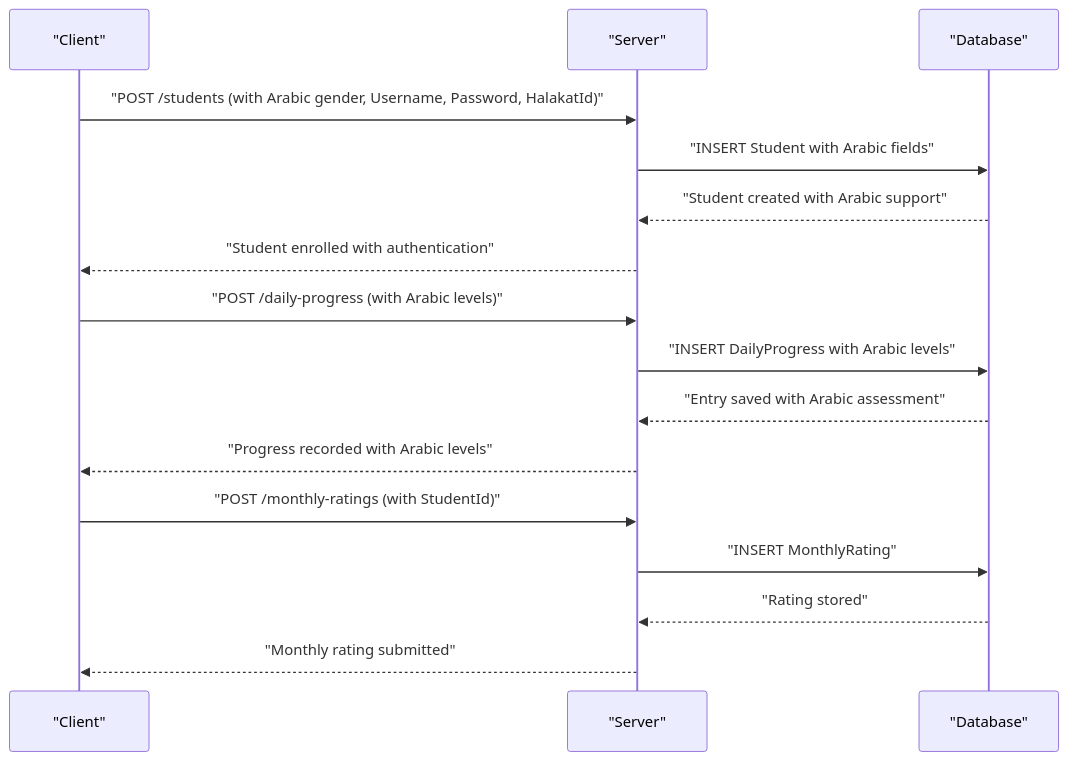
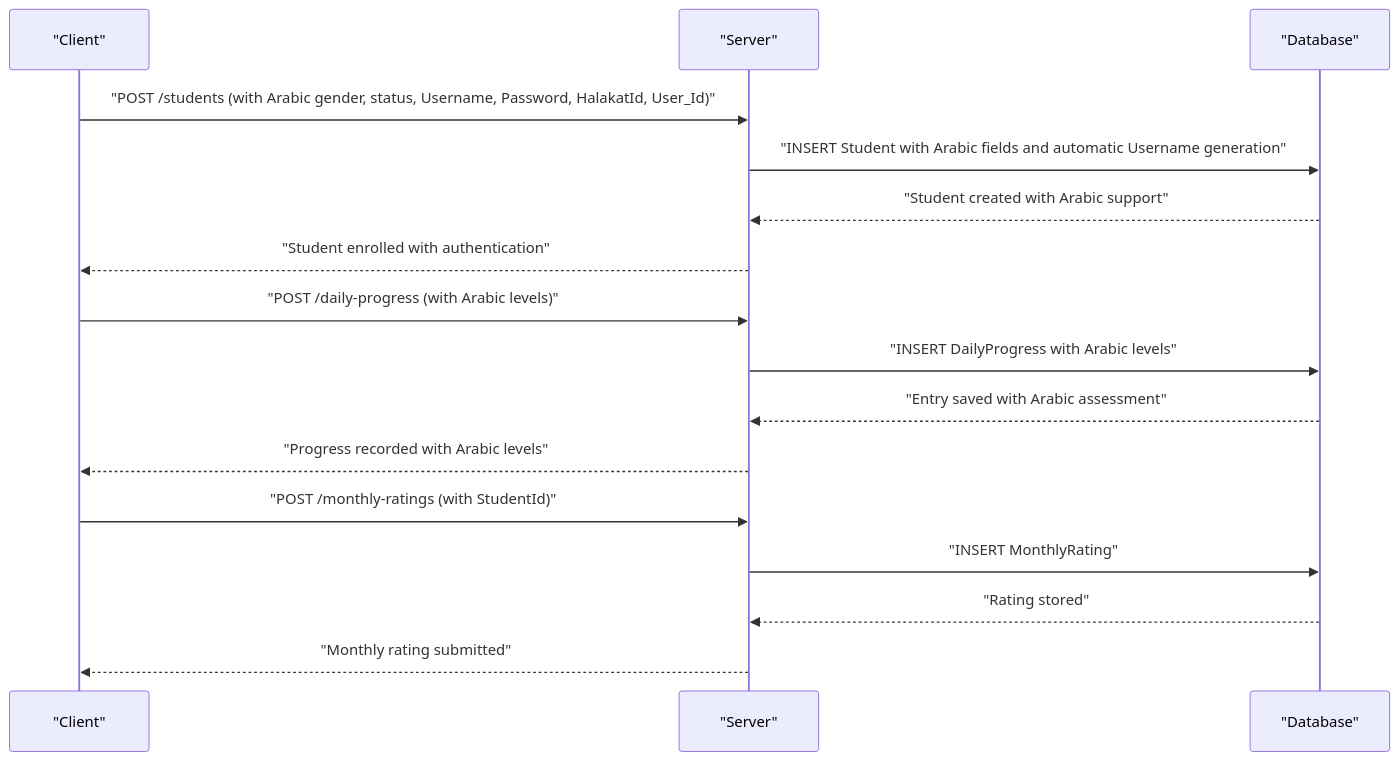
The fourth of 4 diagrams in .qoder/repowiki/en/content/Feature Modules/Student Management.md (Mreng78/khirocom_project), drawn with Mermaid before and after one commit. The commit also changed other lines of this file and 10 other files, not shown here.

````diff
--- a/.qoder/repowiki/en/content/Feature Modules/Student Management.md
+++ b/.qoder/repowiki/en/content/Feature Modules/Student Management.md
@@ -391,18 +426,18 @@
 ```mermaid
 sequenceDiagram
 participant Client as "Client"
 participant Server as "Server"
 participant DB as "Database"
-Client->>Server : "POST /students (with Arabic gender, Username, Password, HalakatId)"
-Server->>DB : "INSERT Student with Arabic fields"
+Client->>Server : "POST /students (with Arabic gender, status, Username, Password, HalakatId, User_Id)"
+Server->>DB : "INSERT Student with Arabic fields and automatic Username generation"
 DB-->>Server : "Student created with Arabic support"
 Server-->>Client : "Student enrolled with authentication"
 Client->>Server : "POST /daily-progress (with Arabic levels)"
 Server->>DB : "INSERT DailyProgress with Arabic levels"
 DB-->>Server : "Entry saved with Arabic assessment"
 Server-->>Client : "Progress recorded with Arabic levels"
 Client->>Server : "POST /monthly-ratings (with StudentId)"
 Server->>DB : "INSERT MonthlyRating"
 DB-->>Server : "Rating stored"
 Server-->>Client : "Monthly rating submitted"
 ```
````
